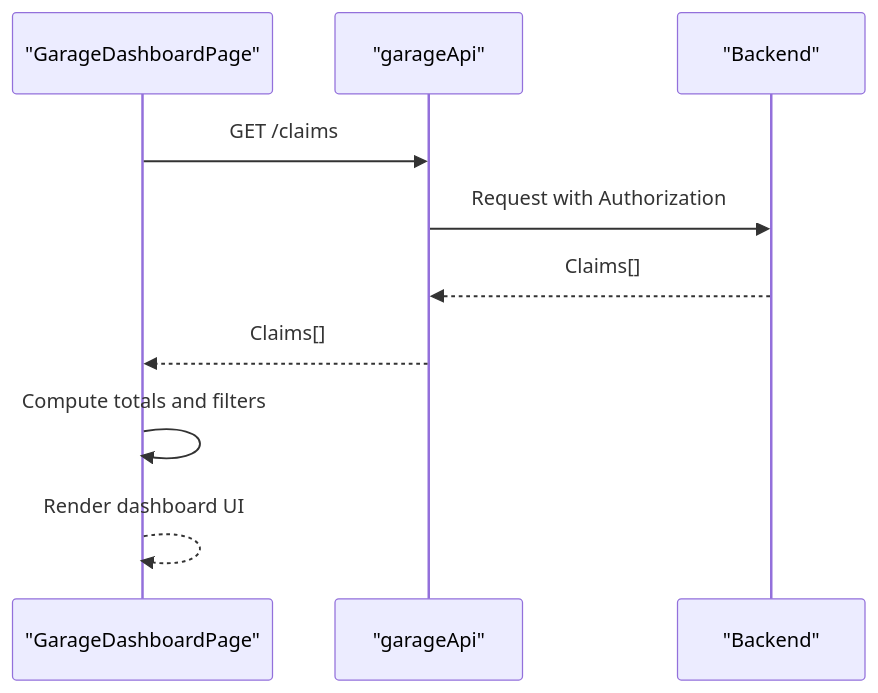
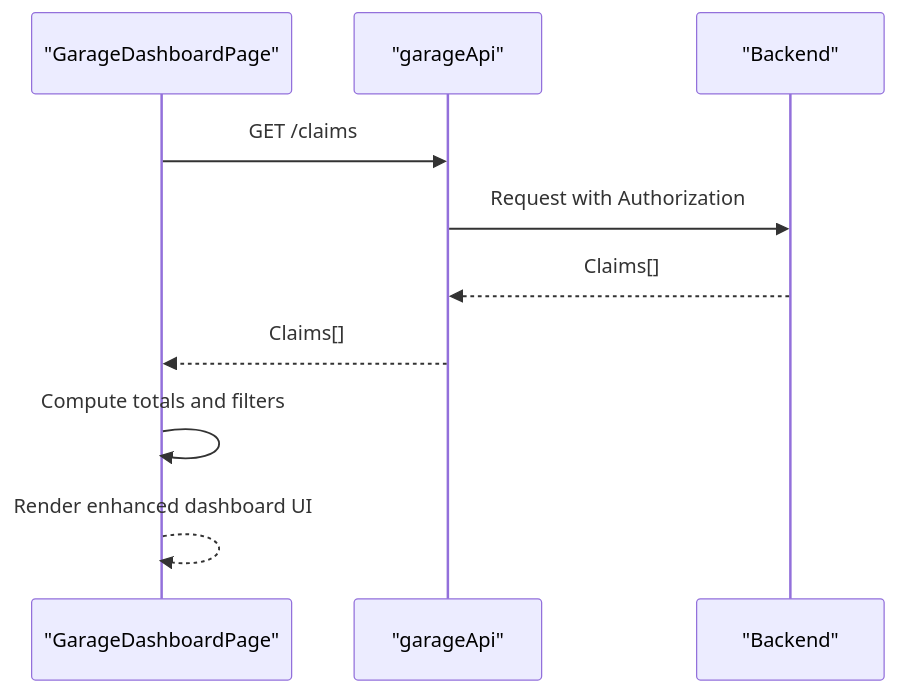
The fourth of 8 diagrams in .qoder/repowiki/en/content/Frontend Documentation/Garage Frontend Interface.md (NaveenHiranya/Smart-Vehicle-Insurance-Claim-System), drawn with Mermaid before and after one commit. The commit also changed other lines of this file and 35 other files, not shown here.

````diff
--- a/.qoder/repowiki/en/content/Frontend Documentation/Garage Frontend Interface.md
+++ b/.qoder/repowiki/en/content/Frontend Documentation/Garage Frontend Interface.md
@@ -148,12 +165,12 @@
 ```mermaid
 sequenceDiagram
 participant P as "GarageDashboardPage"
 participant A as "garageApi"
 participant S as "Backend"
 P->>A : GET /claims
 A->>S : Request with Authorization
 S-->>A : Claims[]
 A-->>P : Claims[]
 P->>P : Compute totals and filters
-P-->>P : Render dashboard UI
+P-->>P : Render enhanced dashboard UI
 ```
````
